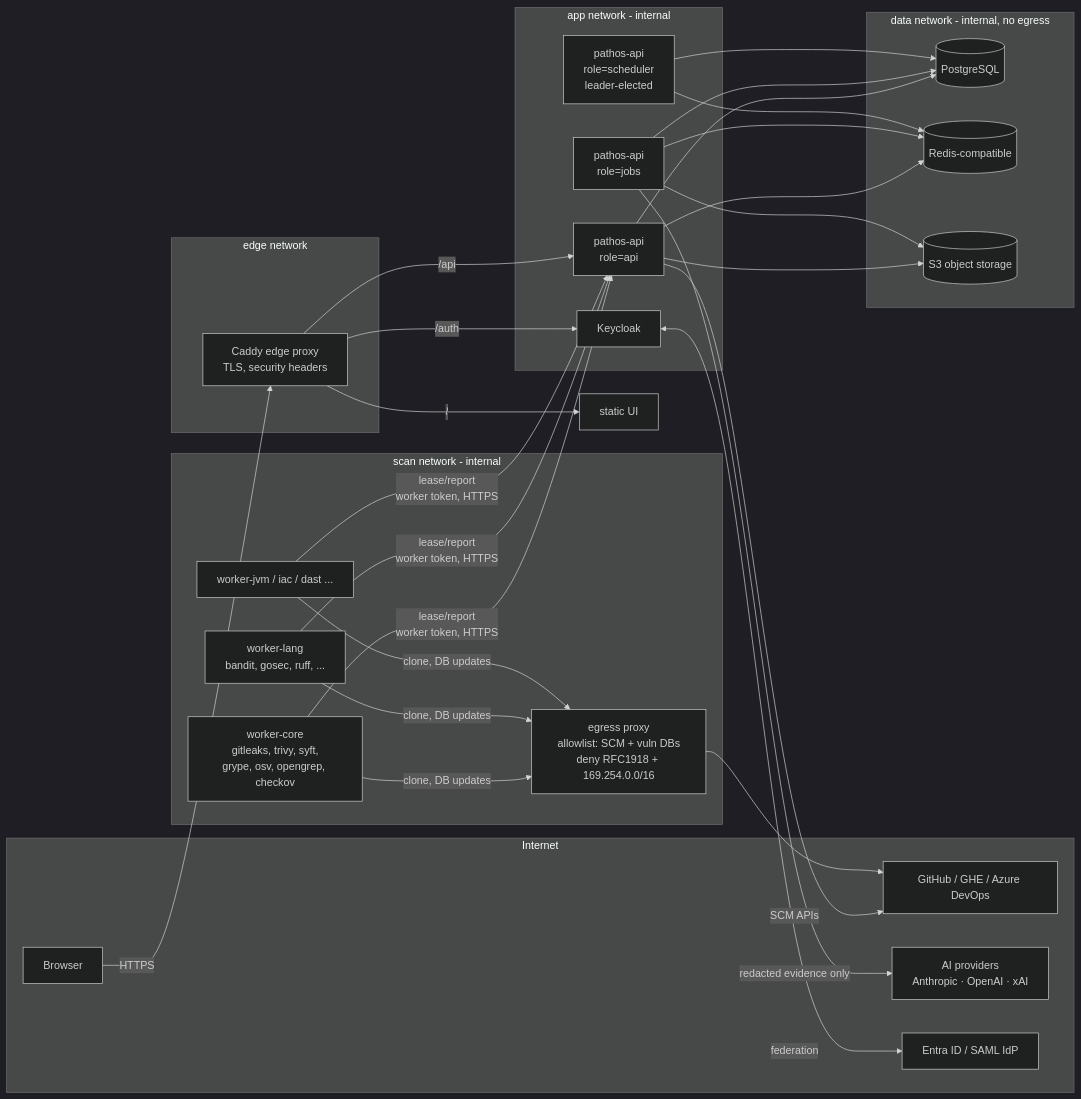
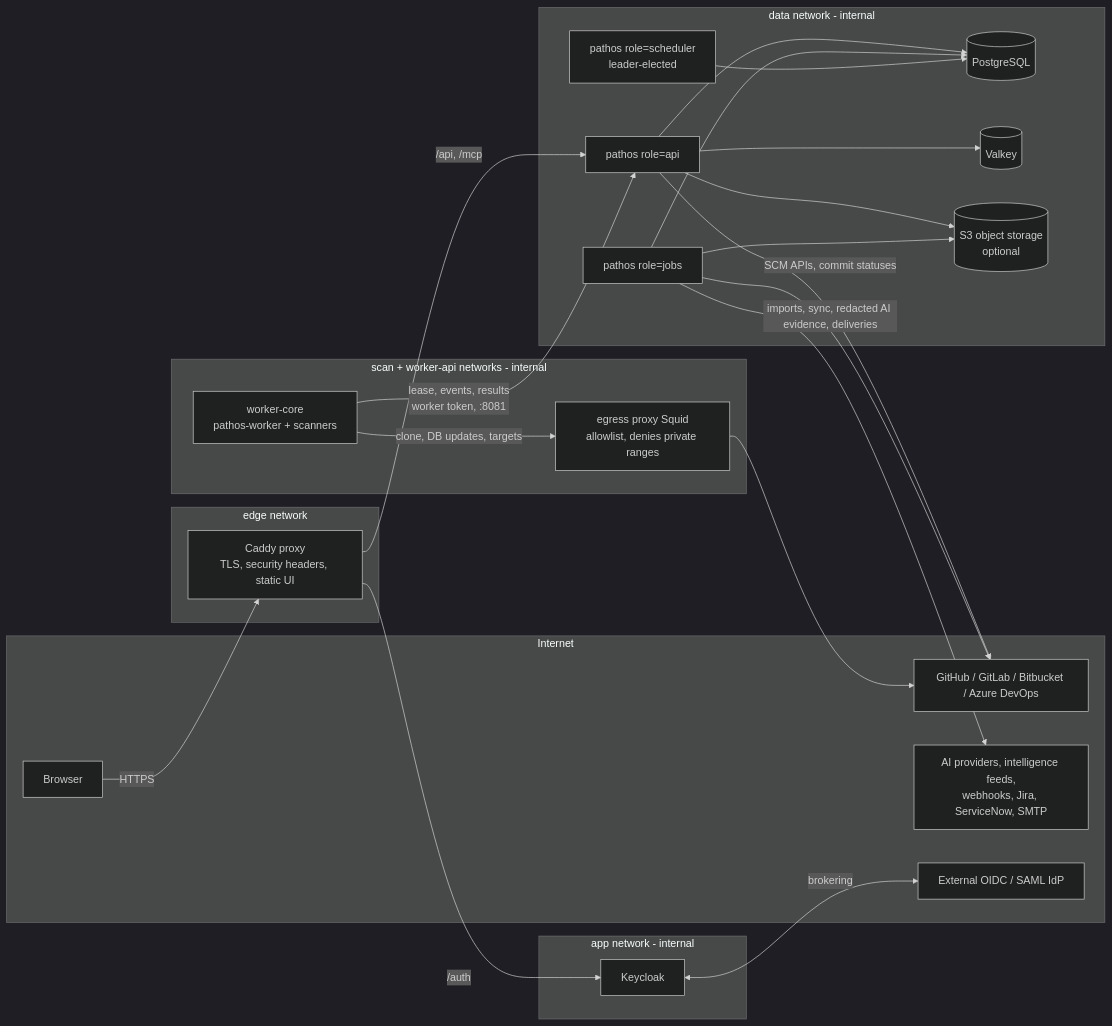
The first of 2 diagrams in docs/ARCHITECTURE.md (quditmind/pathos), drawn with Mermaid (dark theme) before and after one commit. The commit also changed other lines of this file and 67 other files, not shown here.

````diff
--- a/docs/ARCHITECTURE.md
+++ b/docs/ARCHITECTURE.md
@@ -24,46 +31,44 @@
 ```mermaid
 flowchart LR
   subgraph Internet
     U[Browser]
-    SCM[GitHub / GHE / Azure DevOps]
-    AIP[AI providers<br/>Anthropic · OpenAI · xAI]
-    IDP[Entra ID / SAML IdP]
+    SCM[GitHub / GitLab / Bitbucket / Azure DevOps]
+    EXT[AI providers, intelligence feeds,<br/>webhooks, Jira, ServiceNow, SMTP]
+    IDP[External OIDC / SAML IdP]
   end
 
   subgraph edge[edge network]
-    PX[Caddy edge proxy<br/>TLS, security headers]
+    PX[Caddy proxy<br/>TLS, security headers, static UI]
   end
 
   subgraph app[app network - internal]
-    API[pathos-api<br/>role=api]
-    JOBS[pathos-api<br/>role=jobs]
-    SCHED[pathos-api<br/>role=scheduler<br/>leader-elected]
     KC[Keycloak]
   end
 
-  subgraph data[data network - internal, no egress]
+  subgraph data[data network - internal]
+    API[pathos role=api]
+    JOBS[pathos role=jobs]
+    SCHED[pathos role=scheduler<br/>leader-elected]
     PG[(PostgreSQL)]
-    RD[(Redis-compatible)]
-    S3[(S3 object storage)]
+    RD[(Valkey)]
+    S3[(S3 object storage<br/>optional)]
   end
 
-  subgraph scan[scan network - internal]
-    W1[worker-core<br/>gitleaks, trivy, syft,<br/>grype, osv, opengrep, checkov]
-    W2[worker-lang<br/>bandit, gosec, ruff, ...]
-    W3[worker-jvm / iac / dast ...]
-    EG[egress proxy<br/>allowlist: SCM + vuln DBs<br/>deny RFC1918 + 169.254.0.0/16]
+  subgraph scan[scan + worker-api networks - internal]
+    W[worker-core<br/>pathos-worker + scanners]
+    EG[egress proxy Squid<br/>allowlist, denies private ranges]
   end
 
   U -->|HTTPS| PX
-  PX -->|/| FE[static UI]
-  PX -->|/api| API
+  PX -->|/api, /mcp| API
   PX -->|/auth| KC
-  KC <-->|federation| IDP
+  KC <-->|brokering| IDP
   API --> PG & RD & S3
-  JOBS --> PG & RD & S3
-  SCHED --> RD & PG
-  JOBS -->|redacted evidence only| AIP
-  API -->|SCM APIs| SCM
-  W1 & W2 & W3 -->|lease/report<br/>worker token, HTTPS| API
-  W1 & W2 & W3 -->|clone, DB updates| EG --> SCM
+  JOBS --> PG & S3
+  SCHED --> PG
+  API -->|SCM APIs, commit statuses| SCM
+  JOBS -->|imports, sync, redacted AI evidence, deliveries| EXT
+  JOBS --> SCM
+  W -->|lease, events, results<br/>worker token, :8081| API
+  W -->|clone, DB updates, targets| EG --> SCM
 ```
````
